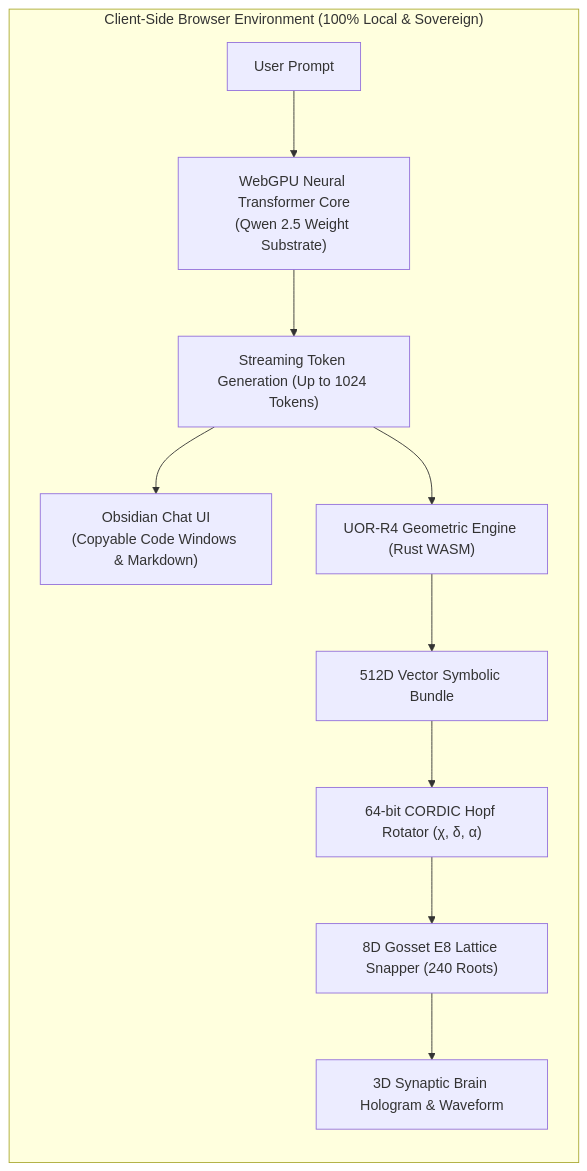
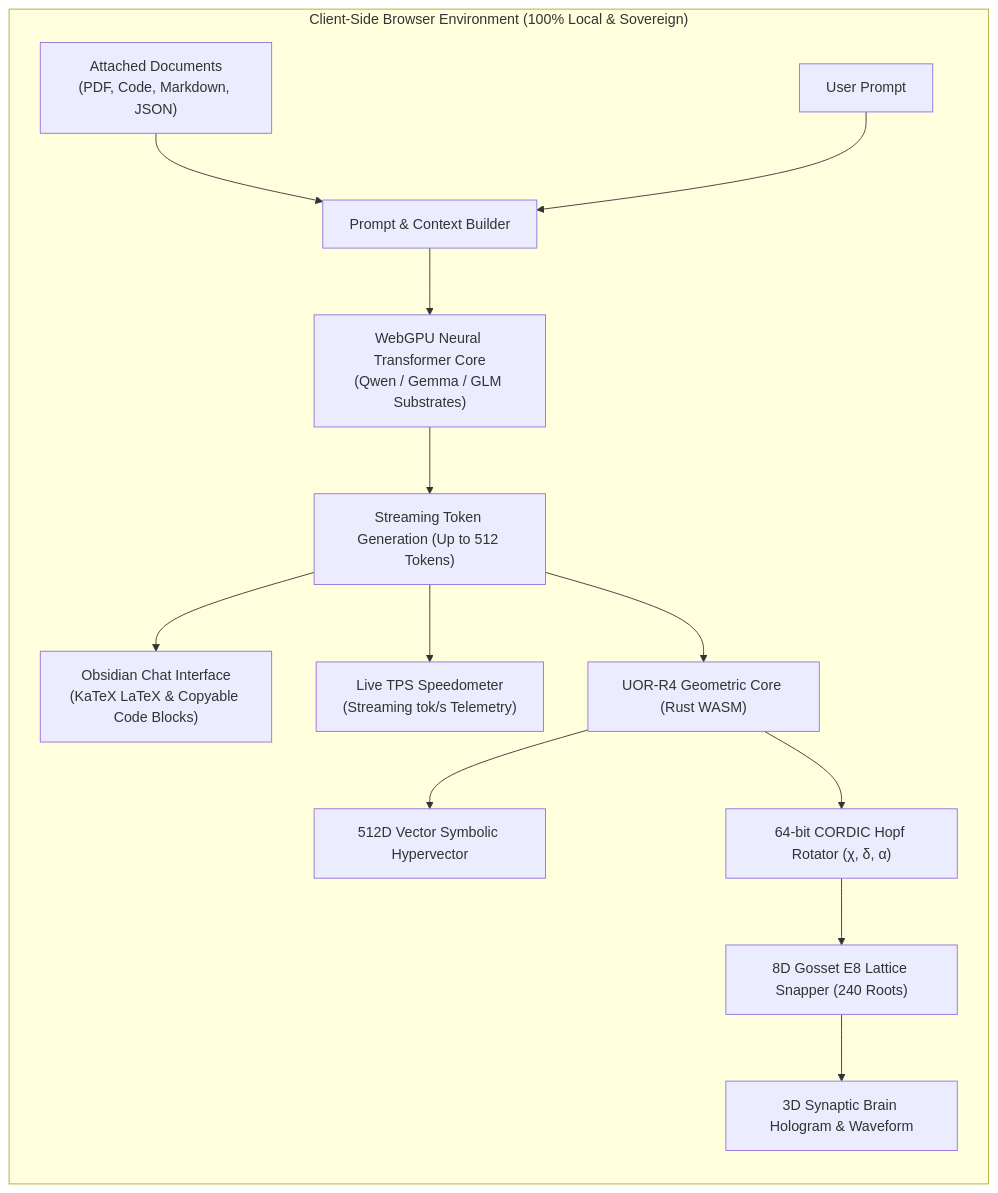
The diagram in README.md (Casey-allard/uor-r4-wasm-chat), drawn with Mermaid before and after one commit. The commit also changed other lines of this file and 5 other files, not shown here.

````diff
--- a/README.md
+++ b/README.md
@@ -37,14 +73,19 @@
 ```mermaid
 flowchart LR
     subgraph Browser ["Client-Side Browser Environment (100% Local & Sovereign)"]
-        UserPrompt["User Prompt"] --> WebGPU["WebGPU Neural Transformer Core<br/>(Qwen 2.5 Weight Substrate)"]
-        WebGPU --> TokenStream["Streaming Token Generation (Up to 1024 Tokens)"]
-        TokenStream --> Output["Obsidian Chat UI<br/>(Copyable Code Windows & Markdown)"]
+        Docs["Attached Documents<br/>(PDF, Code, Markdown, JSON)"] --> PromptBuilder["Prompt & Context Builder"]
+        UserPrompt["User Prompt"] --> PromptBuilder
         
-        TokenStream --> WASM["UOR-R4 Geometric Engine (Rust WASM)"]
-        WASM --> VSA["512D Vector Symbolic Bundle"]
-        VSA --> CORDIC["64-bit CORDIC Hopf Rotator (χ, δ, α)"]
+        PromptBuilder --> WebGPU["WebGPU Neural Transformer Core<br/>(Qwen / Gemma / GLM Substrates)"]
+        WebGPU --> TokenStream["Streaming Token Generation (Up to 512 Tokens)"]
+        
+        TokenStream --> ChatOutput["Obsidian Chat Interface<br/>(KaTeX LaTeX & Copyable Code Blocks)"]
+        TokenStream --> TPSMeter["Live TPS Speedometer<br/>(Streaming tok/s Telemetry)"]
+        
+        TokenStream --> WASM["UOR-R4 Geometric Core (Rust WASM)"]
+        WASM --> VSA["512D Vector Symbolic Hypervector"]
+        WASM --> CORDIC["64-bit CORDIC Hopf Rotator (χ, δ, α)"]
         CORDIC --> E8["8D Gosset E8 Lattice Snapper (240 Roots)"]
         E8 --> Brain["3D Synaptic Brain Hologram & Waveform"]
     end
 ```
````
